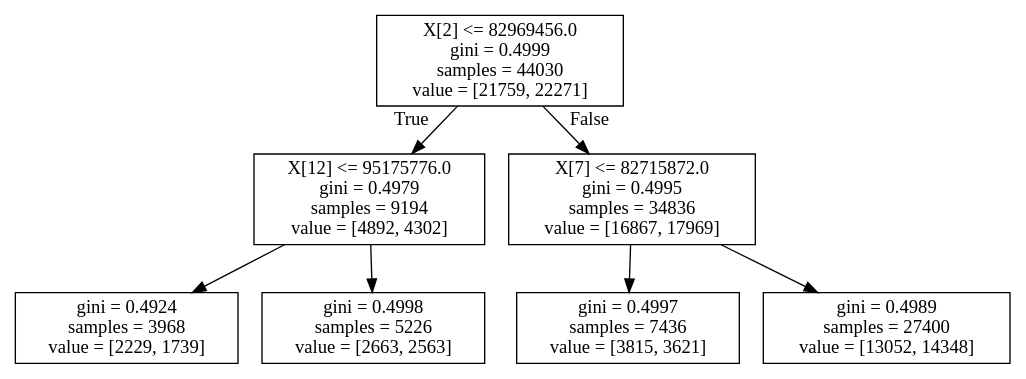
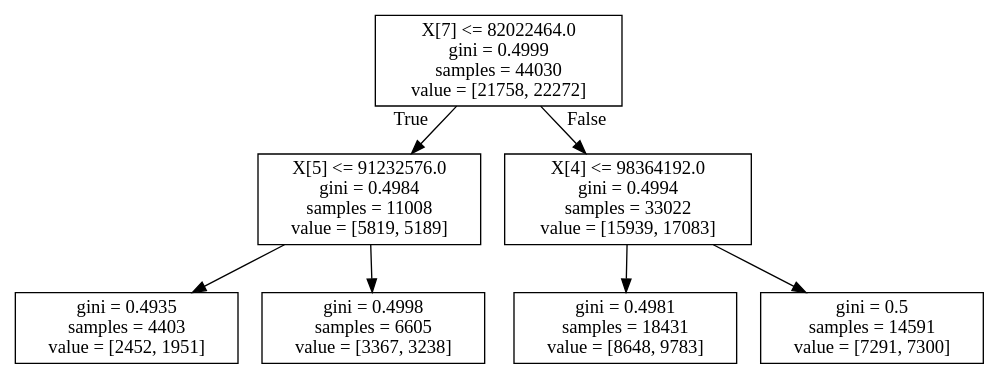
One commit to maupardh/Numerai changed the diagram in ClassificationTrees/singleClassifTreeWithDepth2.dot. Above: the diagram before and after it, drawn with Graphviz. The commit also changed 35 other files, not shown here.

```diff
--- a/ClassificationTrees/singleClassifTreeWithDepth2.dot
+++ b/ClassificationTrees/singleClassifTreeWithDepth2.dot
@@ -1,16 +1,16 @@
 digraph Tree {
 node [shape=box] ;
-0 [label="X[2] <= 82969456.0\ngini = 0.4999\nsamples = 44030\nvalue = [21759, 22271]"] ;
-1 [label="X[12] <= 95175776.0\ngini = 0.4979\nsamples = 9194\nvalue = [4892, 4302]"] ;
+0 [label="X[7] <= 82022464.0\ngini = 0.4999\nsamples = 44030\nvalue = [21758, 22272]"] ;
+1 [label="X[5] <= 91232576.0\ngini = 0.4984\nsamples = 11008\nvalue = [5819, 5189]"] ;
 0 -> 1 [labeldistance=2.5, labelangle=45, headlabel="True"] ;
-2 [label="gini = 0.4924\nsamples = 3968\nvalue = [2229, 1739]"] ;
+2 [label="gini = 0.4935\nsamples = 4403\nvalue = [2452, 1951]"] ;
 1 -> 2 ;
-3 [label="gini = 0.4998\nsamples = 5226\nvalue = [2663, 2563]"] ;
+3 [label="gini = 0.4998\nsamples = 6605\nvalue = [3367, 3238]"] ;
 1 -> 3 ;
-4 [label="X[7] <= 82715872.0\ngini = 0.4995\nsamples = 34836\nvalue = [16867, 17969]"] ;
+4 [label="X[4] <= 98364192.0\ngini = 0.4994\nsamples = 33022\nvalue = [15939, 17083]"] ;
 0 -> 4 [labeldistance=2.5, labelangle=-45, headlabel="False"] ;
-5 [label="gini = 0.4997\nsamples = 7436\nvalue = [3815, 3621]"] ;
+5 [label="gini = 0.4981\nsamples = 18431\nvalue = [8648, 9783]"] ;
 4 -> 5 ;
-6 [label="gini = 0.4989\nsamples = 27400\nvalue = [13052, 14348]"] ;
+6 [label="gini = 0.5\nsamples = 14591\nvalue = [7291, 7300]"] ;
 4 -> 6 ;
 }
```
